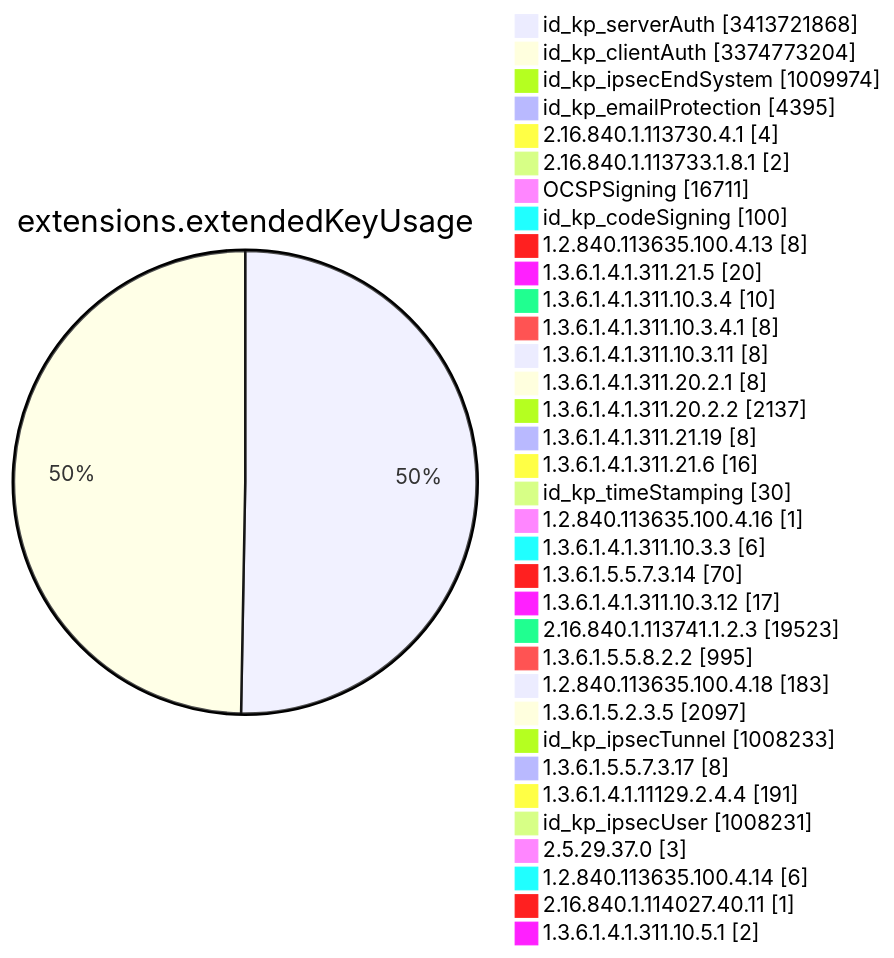
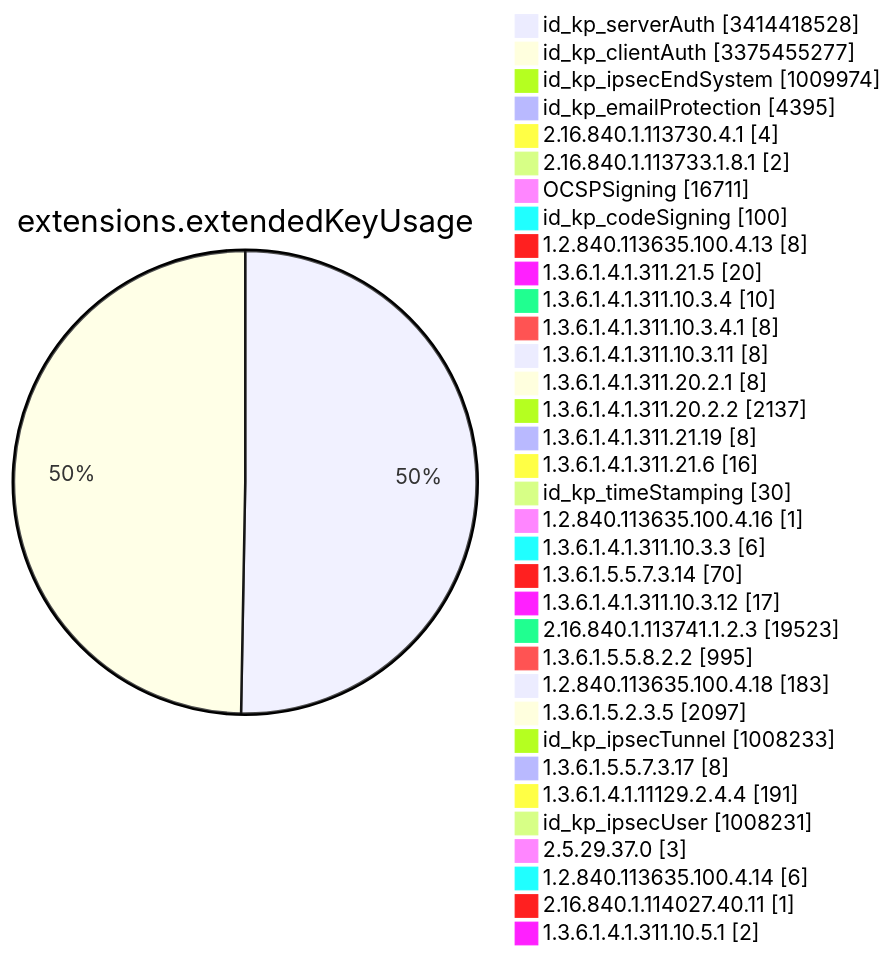
Before and after one commit to christiankrug/ctmonitor_visualization: diagram 11 of 15 in TOTAL/README.md, drawn with Mermaid. The commit also changed other lines of this file, not shown here.

````diff
--- a/TOTAL/README.md
+++ b/TOTAL/README.md
@@ -4121,38 +4121,38 @@
 ```mermaid
 pie showData
 title extensions.extendedKeyUsage
-"id_kp_serverAuth" :3413721868
-"id_kp_clientAuth" :3374773204
+"id_kp_serverAuth" :3414418528
+"id_kp_clientAuth" :3375455277
 "id_kp_ipsecEndSystem" :1009974
 "id_kp_emailProtection" :4395
 "2.16.840.1.113730.4.1" :4
 "2.16.840.1.113733.1.8.1" :2
 "OCSPSigning" :16711
 "id_kp_codeSigning" :100
 "1.2.840.113635.100.4.13" :8
 "1.3.6.1.4.1.311.21.5" :20
 "1.3.6.1.4.1.311.10.3.4" :10
 "1.3.6.1.4.1.311.10.3.4.1" :8
 "1.3.6.1.4.1.311.10.3.11" :8
 "1.3.6.1.4.1.311.20.2.1" :8
 "1.3.6.1.4.1.311.20.2.2" :2137
 "1.3.6.1.4.1.311.21.19" :8
 "1.3.6.1.4.1.311.21.6" :16
 "id_kp_timeStamping" :30
 "1.2.840.113635.100.4.16" :1
 "1.3.6.1.4.1.311.10.3.3" :6
 "1.3.6.1.5.5.7.3.14" :70
 "1.3.6.1.4.1.311.10.3.12" :17
 "2.16.840.1.113741.1.2.3" :19523
 "1.3.6.1.5.5.8.2.2" :995
 "1.2.840.113635.100.4.18" :183
 "1.3.6.1.5.2.3.5" :2097
 "id_kp_ipsecTunnel" :1008233
 "1.3.6.1.5.5.7.3.17" :8
 "1.3.6.1.4.1.11129.2.4.4" :191
 "id_kp_ipsecUser" :1008231
 "2.5.29.37.0" :3
 "1.2.840.113635.100.4.14" :6
 "2.16.840.1.114027.40.11" :1
 "1.3.6.1.4.1.311.10.5.1" :2
 ```
````
